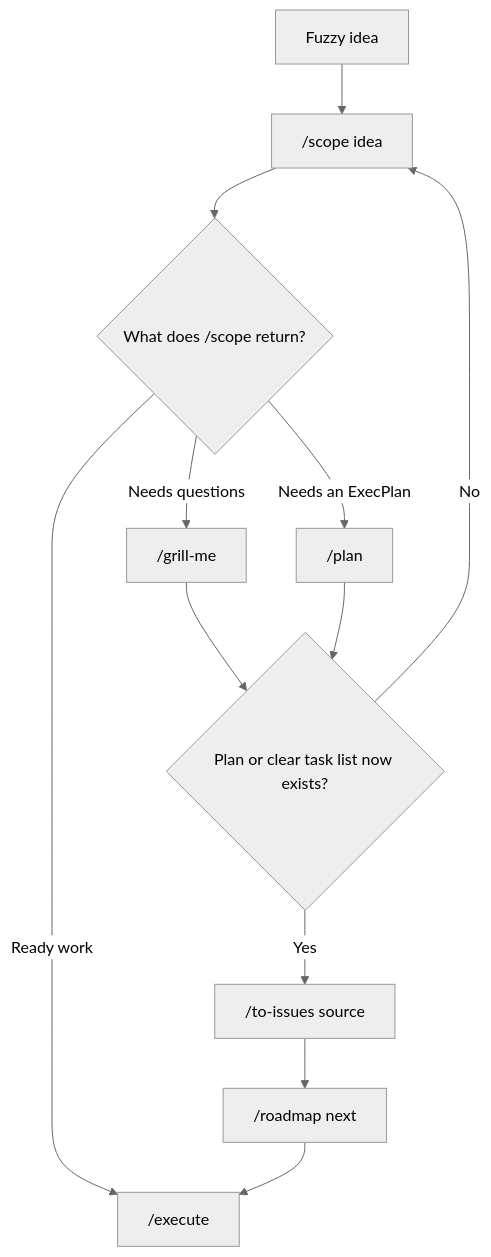
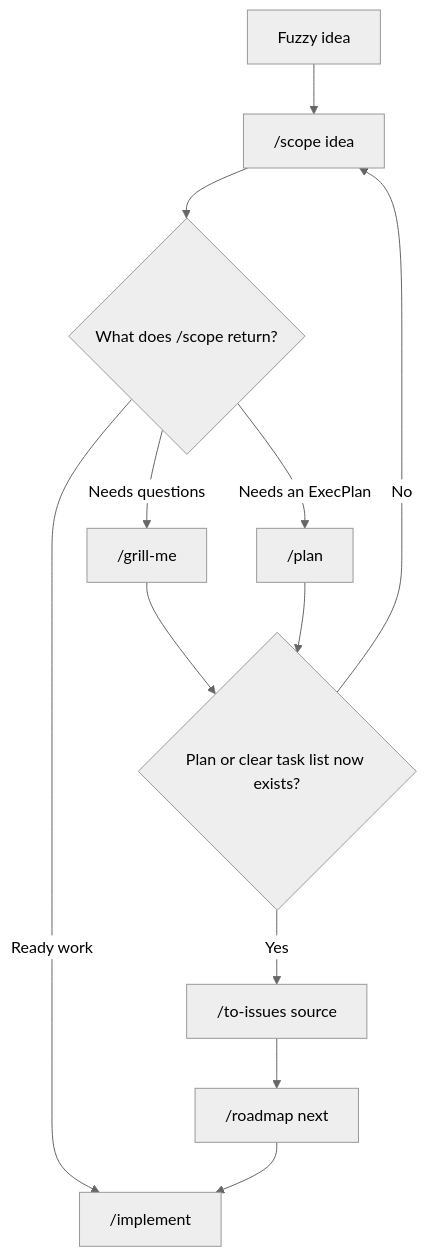
The third of 4 diagrams in docs/project-flow-how-to.md (chrooks/assistant-setup-toolkit), drawn with Mermaid (neutral theme) before and after one commit. The commit also changed other lines of this file and 15 other files, not shown here.

First line of the commit message:
refactor(implement): rename execute skill to implement + DevOS stage

````diff
--- a/docs/project-flow-how-to.md
+++ b/docs/project-flow-how-to.md
@@ -78,14 +78,14 @@
 ```mermaid
 flowchart TD
   idea["Fuzzy idea"] --> scope_skill["/scope idea"]
   scope_skill --> scope_choice{What does /scope return?}
   scope_choice -->|Needs questions| grill_skill["/grill-me"]
   scope_choice -->|Needs an ExecPlan| plan_skill["/plan"]
-  scope_choice -->|Ready work| execute_skill["/execute"]
+  scope_choice -->|Ready work| execute_skill["/implement"]
   grill_skill --> shaped{Plan or clear task list now exists?}
   plan_skill --> shaped
   shaped -->|Yes| issues_skill["/to-issues source"]
   shaped -->|No| scope_skill
   issues_skill --> next_issue["/roadmap next"]
   next_issue --> execute_skill
 ```
````
